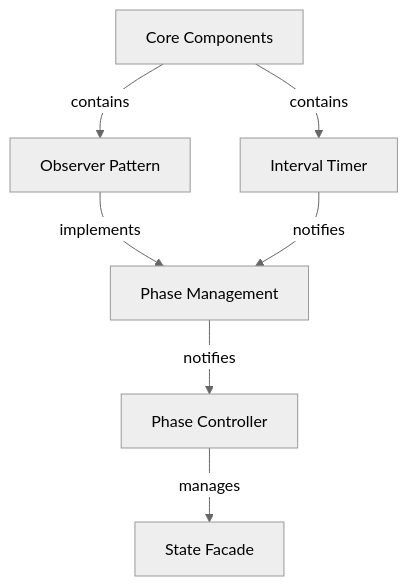
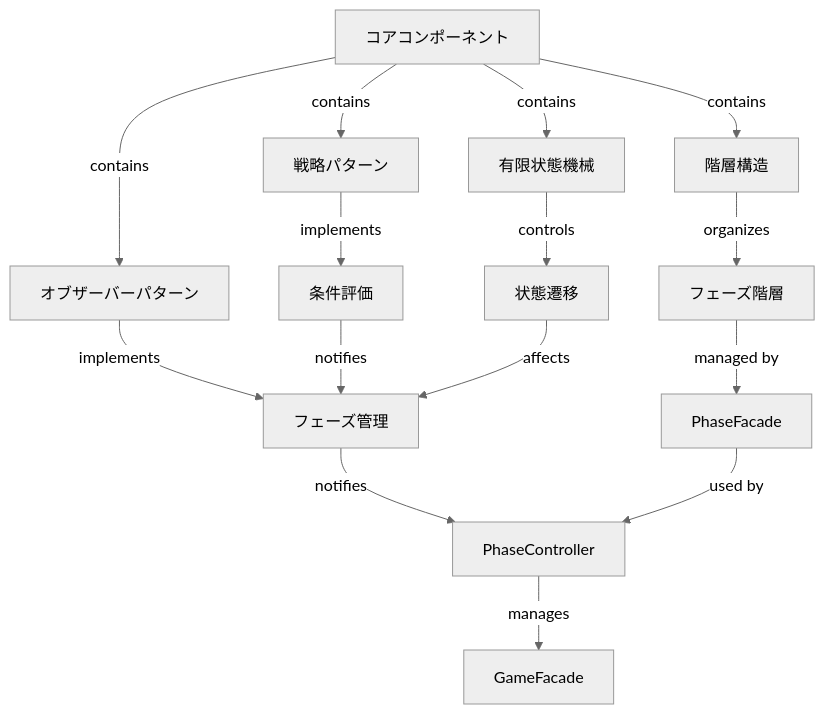
The second of 18 diagrams in docs/README.md (mormorbump/FsmStateMachineSample), drawn with Mermaid (neutral theme) before and after one commit. The commit also changed other lines of this file and 5 other files, not shown here.

````diff
--- a/docs/README.md
+++ b/docs/README.md
@@ -49,9 +85,20 @@
 ```mermaid
 graph TD
-    Core[Core Components] -->|contains| Observer[Observer Pattern]
-    Core -->|contains| Timer[Interval Timer]
-    Observer -->|implements| Phase[Phase Management]
-    Timer -->|notifies| Phase
-    Phase -->|notifies| Controller[Phase Controller]
-    Controller -->|manages| StateFacade[State Facade]
+    Core[コアコンポーネント] -->|contains| Observer[オブザーバーパターン]
+    Core -->|contains| Strategy[戦略パターン]
+    Core -->|contains| FSM[有限状態機械]
+    Core -->|contains| Hierarchy[階層構造]
+    
+    Observer -->|implements| Phase[フェーズ管理]
+    Strategy -->|implements| Condition[条件評価]
+    FSM -->|controls| StateTransition[状態遷移]
+    Hierarchy -->|organizes| PhaseStructure[フェーズ階層]
+    
+    Phase -->|notifies| Controller[PhaseController]
+    Condition -->|notifies| Phase
+    StateTransition -->|affects| Phase
+    PhaseStructure -->|managed by| PhaseFacade[PhaseFacade]
+    
+    Controller -->|manages| StateFacade[GameFacade]
+    PhaseFacade -->|used by| Controller
 ```
````
